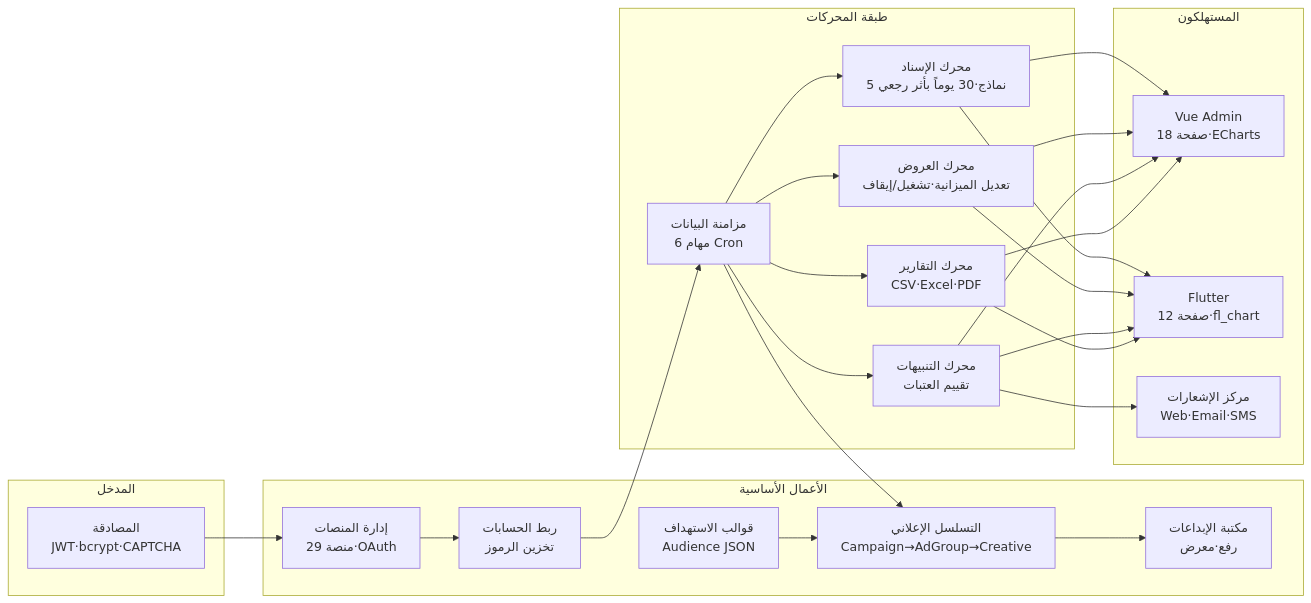
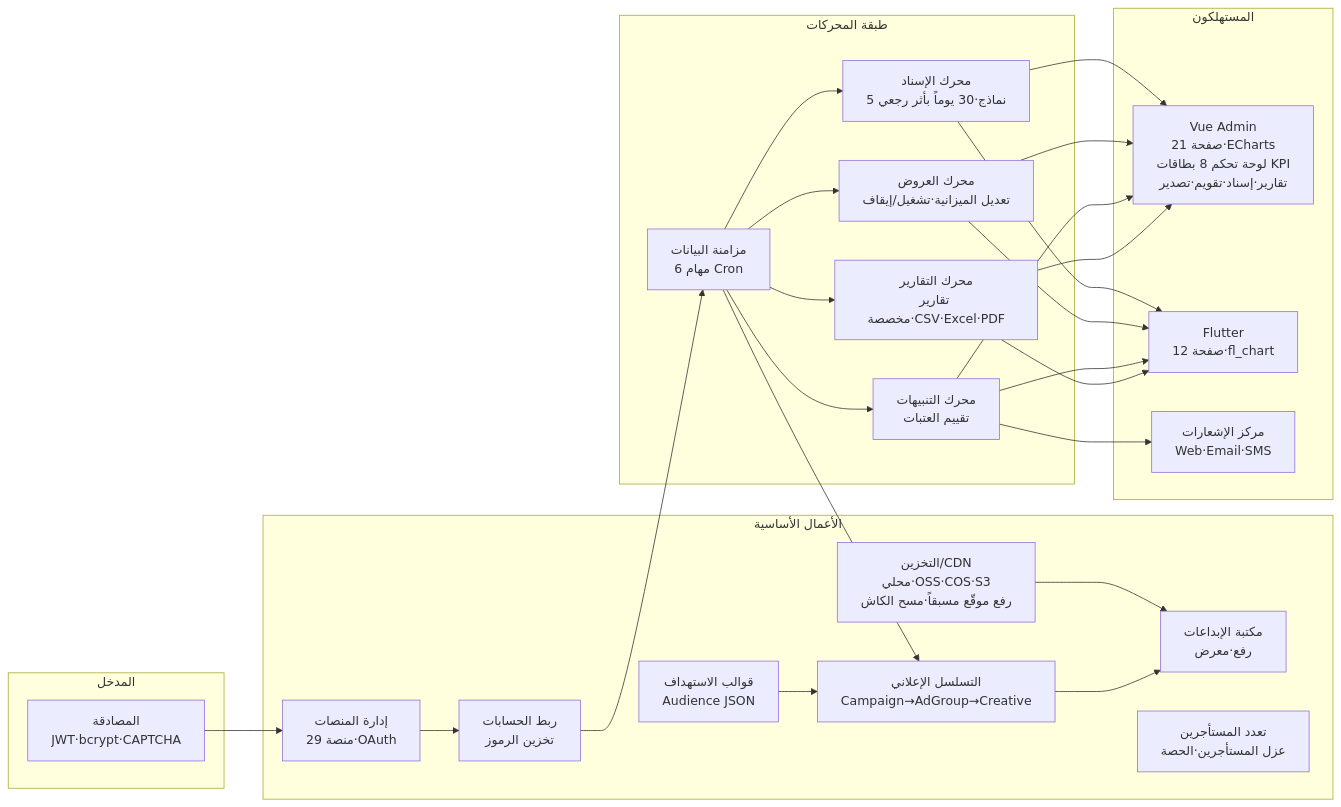
The diagram in docs/diagrams/svg/functional-modules.ar.mmd (erikwang2013/ads-php), drawn with Mermaid before and after one commit. The commit also changed 64 other files, not shown here.

First line of the commit message:
docs(usage): 使用说明文档 ×13 语言 + 功能模块图更新 + README 使用说明链接

```diff
--- a/docs/diagrams/svg/functional-modules.ar.mmd
+++ b/docs/diagrams/svg/functional-modules.ar.mmd
@@ -1,29 +1,32 @@
 graph LR
     subgraph Entry["المدخل"]
         A1["المصادقة<br/>JWT·bcrypt·CAPTCHA"]
     end
     subgraph Core["الأعمال الأساسية"]
         B1["إدارة المنصات<br/>29 منصة·OAuth"]
         B2["ربط الحسابات<br/>تخزين الرموز"]
         B3["التسلسل الإعلاني<br/>Campaign→AdGroup→Creative"]
         B4["مكتبة الإبداعات<br/>رفع·معرض"]
         B5["قوالب الاستهداف<br/>Audience JSON"]
+        B6["التخزين/CDN<br/>محلي·OSS·COS·S3<br/>رفع موقّع مسبقاً·مسح الكاش"]
+        B7["تعدد المستأجرين<br/>عزل المستأجرين·الحصة"]
     end
     subgraph Engine["طبقة المحركات"]
         C1["مزامنة البيانات<br/>6 مهام Cron"]
-        C2["محرك التقارير<br/>CSV·Excel·PDF"]
+        C2["محرك التقارير<br/>تقارير مخصصة·CSV·Excel·PDF"]
         C3["محرك التنبيهات<br/>تقييم العتبات"]
         C4["محرك العروض<br/>تعديل الميزانية·تشغيل/إيقاف"]
         C5["محرك الإسناد<br/>5 نماذج·30 يوماً بأثر رجعي"]
     end
     subgraph Endpoint["المستهلكون"]
-        D1["Vue Admin<br/>18 صفحة·ECharts"]
+        D1["Vue Admin<br/>21 صفحة·ECharts<br/>لوحة تحكم 8 بطاقات KPI<br/>تقارير·إسناد·تقويم·تصدير"]
         D2["Flutter<br/>12 صفحة·fl_chart"]
         D3["مركز الإشعارات<br/>Web·Email·SMS"]
     end
     A1 --> B1 --> B2 --> C1
     C1 --> B3 --> B4
     B5 --> B3
+    B6 --> B4
     C1 --> C2 & C3 & C4 & C5
     C2 & C3 & C4 & C5 --> D1 & D2
     C3 --> D3
```
